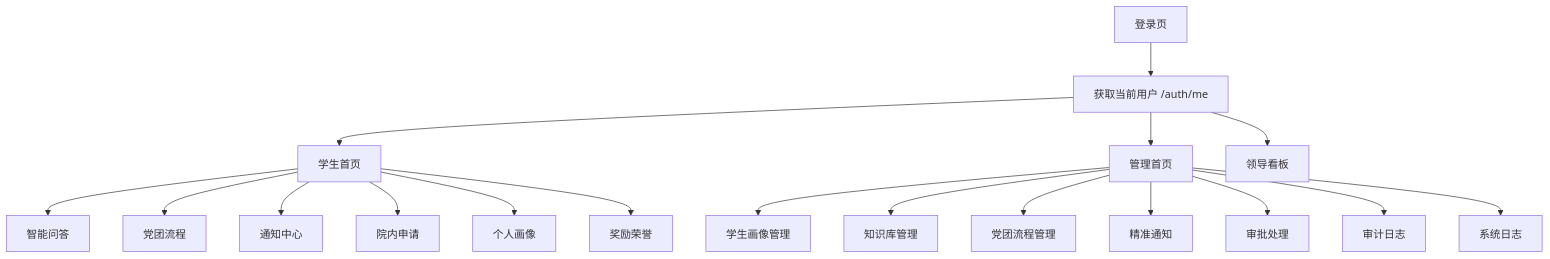
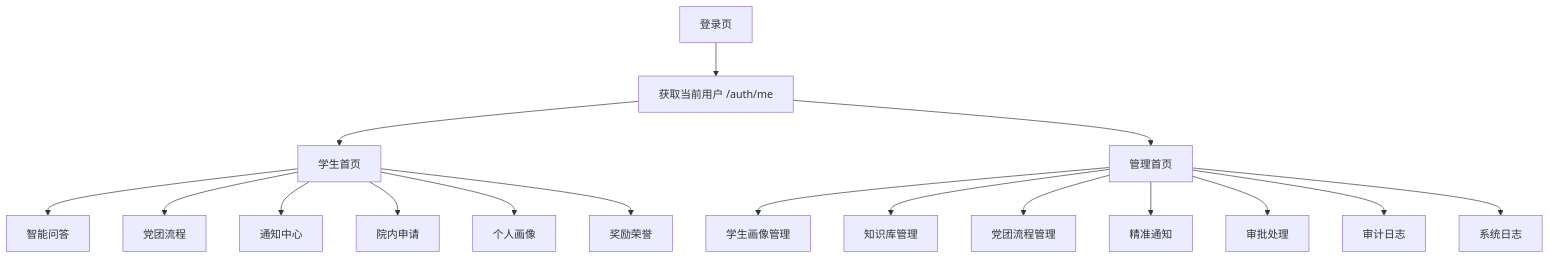
One commit to sun-qian-01/app-for-ISE changed the third of 9 diagrams in 软件设计文档.md. Above: the diagram before and after it, drawn with Mermaid. The commit also changed other lines of this file and 4 other files, not shown here.

````diff
--- a/软件设计文档.md
+++ b/软件设计文档.md
@@ -348,22 +340,21 @@
 ```mermaid
 flowchart TD
     Login[登录页] --> AuthMe[获取当前用户 /auth/me]
     AuthMe --> StudentHome[学生首页]
     AuthMe --> AdminHome[管理首页]
-    AuthMe --> LeaderHome[领导看板]
 
     StudentHome --> StudentKB[智能问答]
     StudentHome --> StudentParty[党团流程]
     StudentHome --> StudentNotice[通知中心]
     StudentHome --> StudentApp[院内申请]
     StudentHome --> StudentProfile[个人画像]
     StudentHome --> StudentHonor[奖励荣誉]
 
     AdminHome --> AdminStudent[学生画像管理]
     AdminHome --> AdminKB[知识库管理]
     AdminHome --> AdminParty[党团流程管理]
     AdminHome --> AdminNotice[精准通知]
     AdminHome --> AdminApp[审批处理]
     AdminHome --> AdminAudit[审计日志]
     AdminHome --> AdminSystemLog[系统日志]
 ```
````
